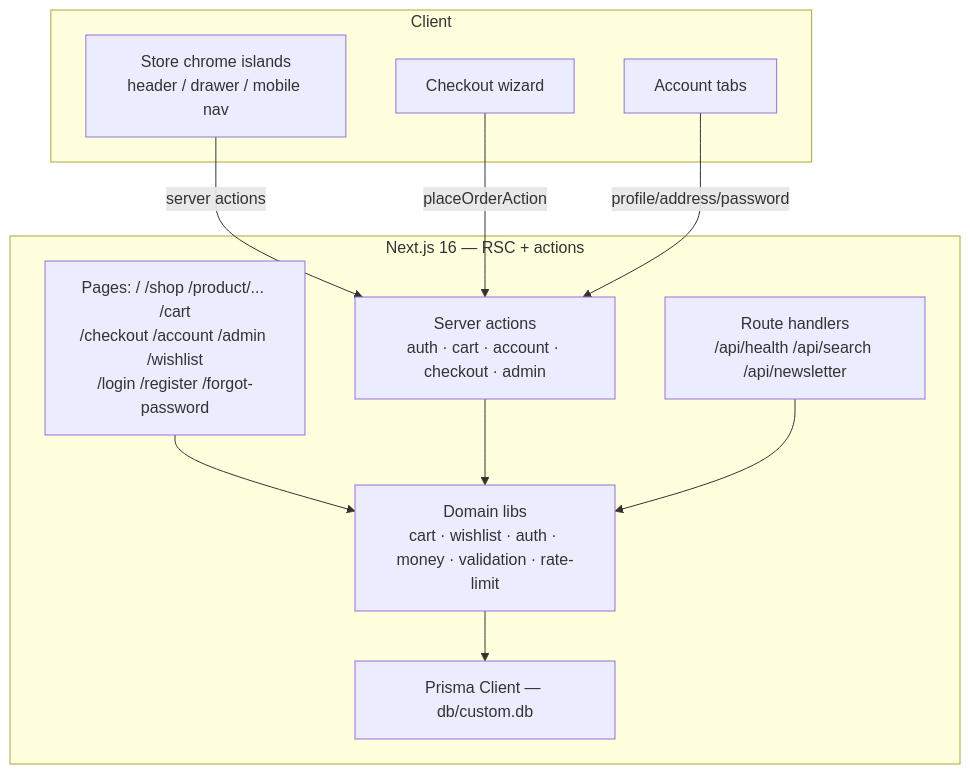
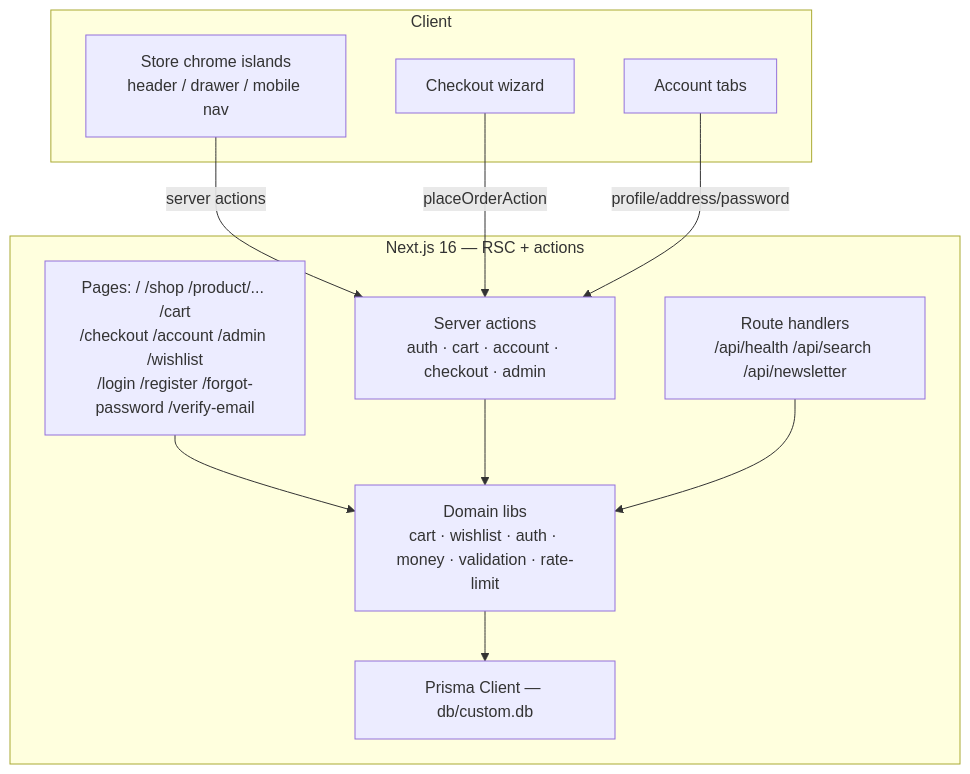
One commit to nordeim/ecommerce-store changed the diagram in README.md. Above: the diagram before and after it, drawn with Mermaid. The commit also changed other lines of this file and 60 other files, not shown here.

````diff
--- a/README.md
+++ b/README.md
@@ -55,22 +56,22 @@
 ```mermaid
 flowchart TB
     subgraph Client
         UI[Store chrome islands<br/>header / drawer / mobile nav]
         CO[Checkout wizard]
         AT[Account tabs]
     end
     subgraph NextApp[Next.js 16 — RSC + actions]
-        PAGES[Pages: / /shop /product/... /cart<br/>/checkout /account /admin /wishlist<br/>/login /register /forgot-password]
+        PAGES[Pages: / /shop /product/... /cart<br/>/checkout /account /admin /wishlist<br/>/login /register /forgot-password /verify-email]
         ACTIONS[Server actions<br/>auth · cart · account · checkout · admin]
         RH[Route handlers<br/>/api/health /api/search /api/newsletter]
         LIB[Domain libs<br/>cart · wishlist · auth · money · validation · rate-limit]
         PRISMA[Prisma Client — db/custom.db]
     end
     UI -->|server actions| ACTIONS
     CO -->|placeOrderAction| ACTIONS
     AT -->|profile/address/password| ACTIONS
     PAGES --> LIB
     ACTIONS --> LIB
     RH --> LIB
     LIB --> PRISMA
 ```
````
